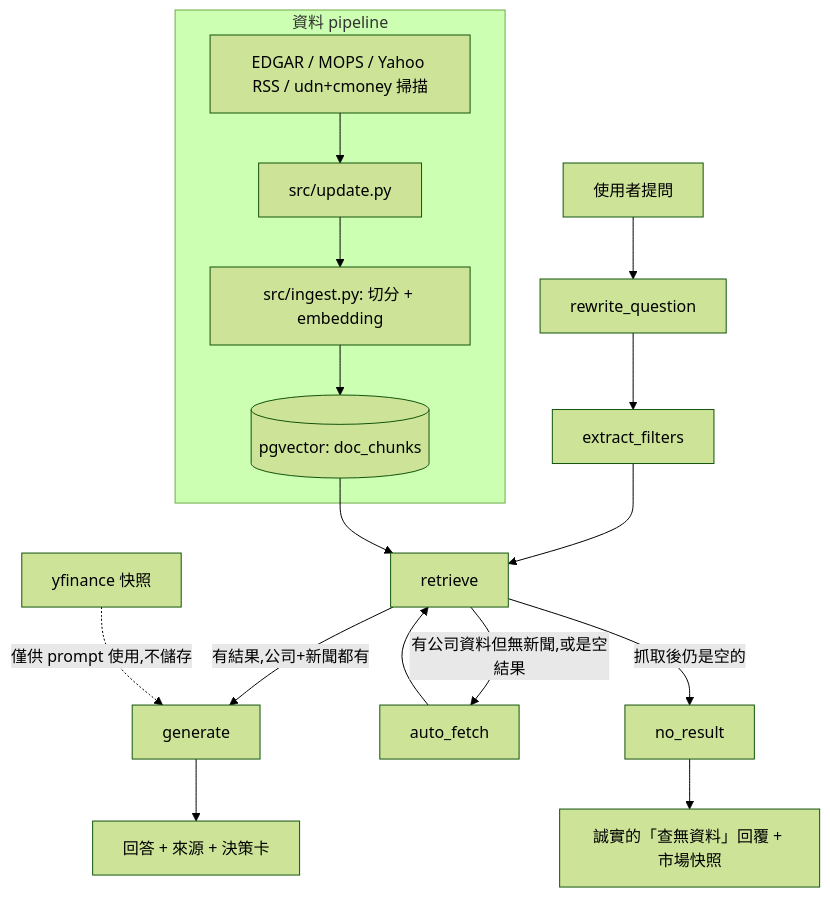
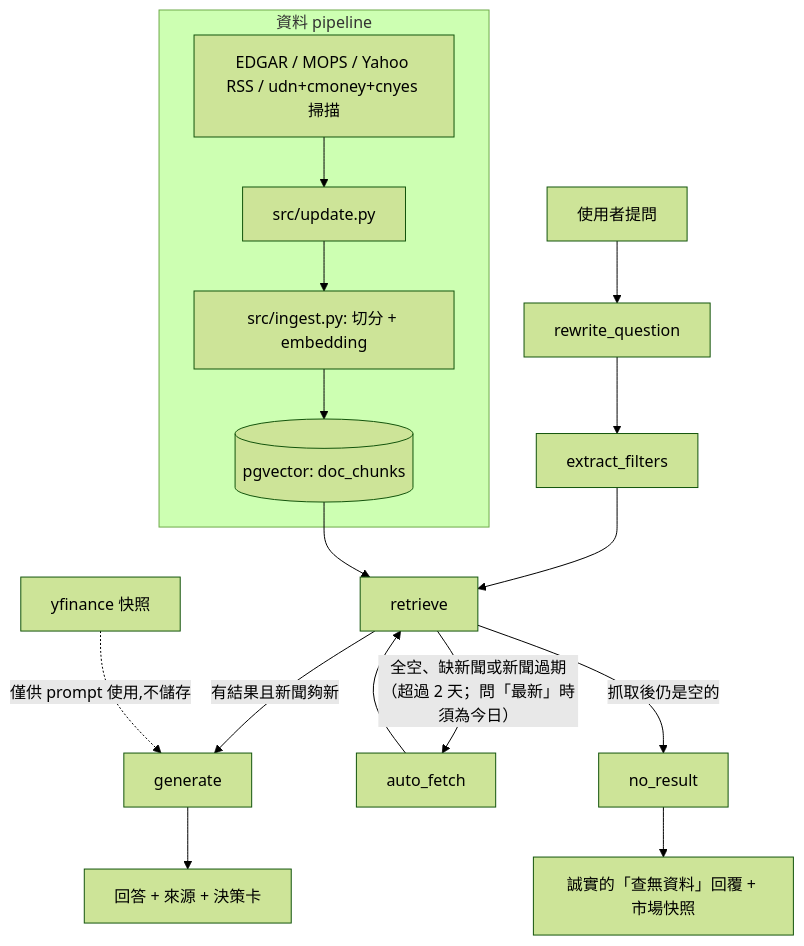
Before and after one commit to thelilywang/finance-ai-assistant: the ninth of 10 diagrams in docs/AI_Product_Case_Study.md, drawn with Mermaid (forest theme). The commit also changed other lines of this file and 2 other files, not shown here.

Commit message:
docs: sync docs and diagrams with new features
- README gains bilingual Architecture sections with the full
  mermaid graph; features/commands updated for consensus,
  charts, PDF download, cnyes sources
- PROJECT.md and AI_Product_Case_Study.md LangGraph diagrams
  updated with freshness-routing edge labels and cnyes source
- New design decisions (no LLM probabilities/confidence; Chrome
  over weasyprint) and known limitations recorded

````diff
--- a/docs/AI_Product_Case_Study.md
+++ b/docs/AI_Product_Case_Study.md
@@ -1852,20 +1852,20 @@
 ```mermaid
 flowchart TD
     U[使用者提問] --> RW[rewrite_question]
     RW --> EF[extract_filters]
     EF --> RT[retrieve]
-    RT -->|有結果,公司+新聞都有| GEN[generate]
-    RT -->|有公司資料但無新聞,或是空結果| AF[auto_fetch]
+    RT -->|"有結果且新聞夠新"| GEN[generate]
+    RT -->|"全空、缺新聞或新聞過期（超過 2 天；問「最新」時須為今日）"| AF[auto_fetch]
     AF --> RT
     RT -->|抓取後仍是空的| NR[no_result]
     GEN --> A[回答 + 來源 + 決策卡]
     NR --> B["誠實的「查無資料」回覆 + 市場快照"]
 
     subgraph 資料 pipeline
-        SRC[EDGAR / MOPS / Yahoo RSS / udn+cmoney 掃描] --> UP[src/update.py]
+        SRC[EDGAR / MOPS / Yahoo RSS / udn+cmoney+cnyes 掃描] --> UP[src/update.py]
         UP --> ING[src/ingest.py: 切分 + embedding]
         ING --> PG[(pgvector: doc_chunks)]
     end
     PG --> RT
     YF[yfinance 快照] -.僅供 prompt 使用,不儲存.-> GEN
 ```
````
